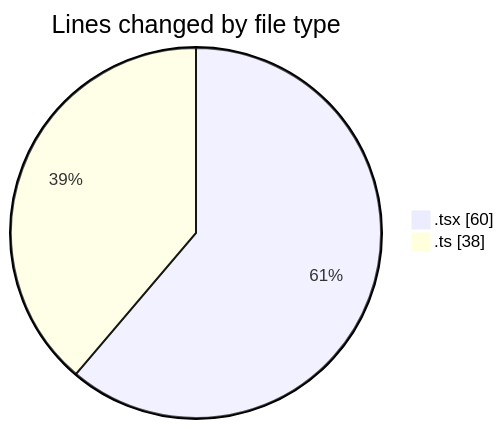
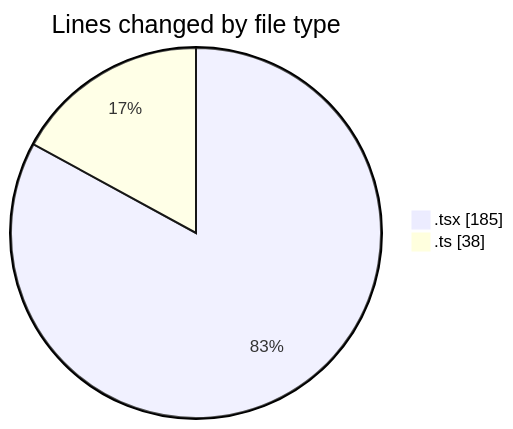
Before and after one commit to Elitesun/code-tracking: the first of 2 diagrams in 2025-05-16/niten/README.md, drawn with Mermaid. The commit also changed other lines of this file and 1 other file, not shown here.

````diff
--- a/2025-05-16/niten/README.md
+++ b/2025-05-16/niten/README.md
@@ -22,6 +22,6 @@
 ```mermaid
 pie showData
 title Lines changed by file type
-".tsx" : 60
+".tsx" : 185
 ".ts" : 38
 ```
````
